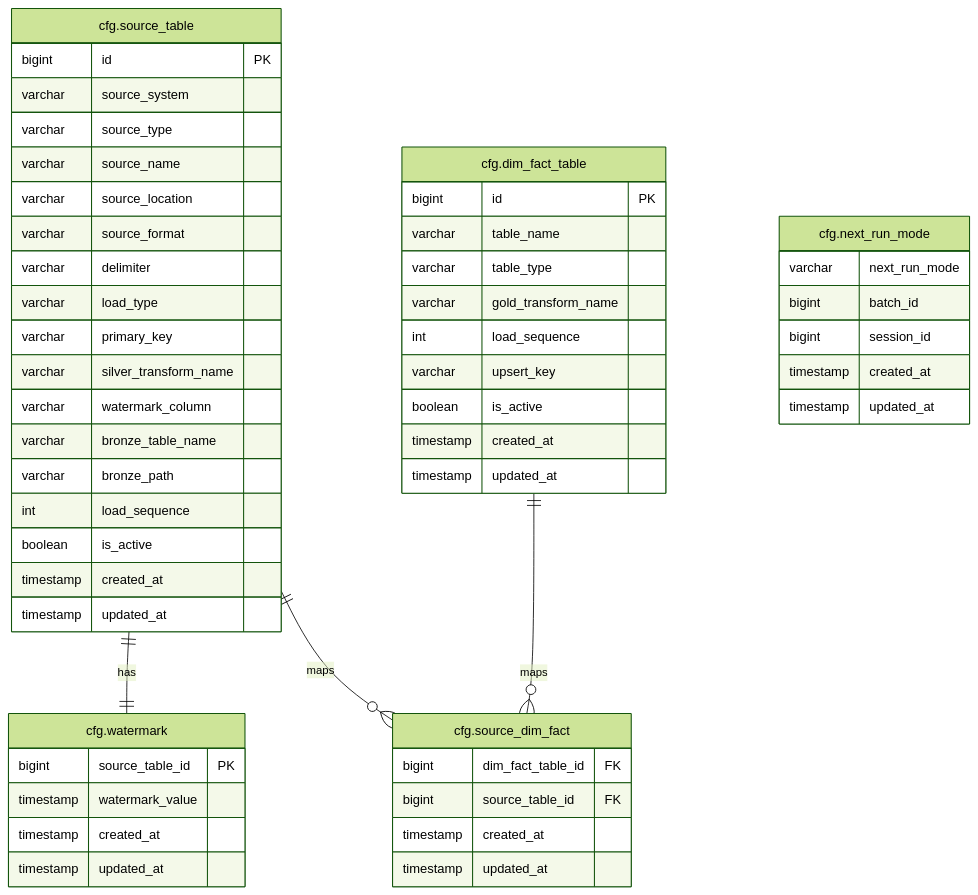
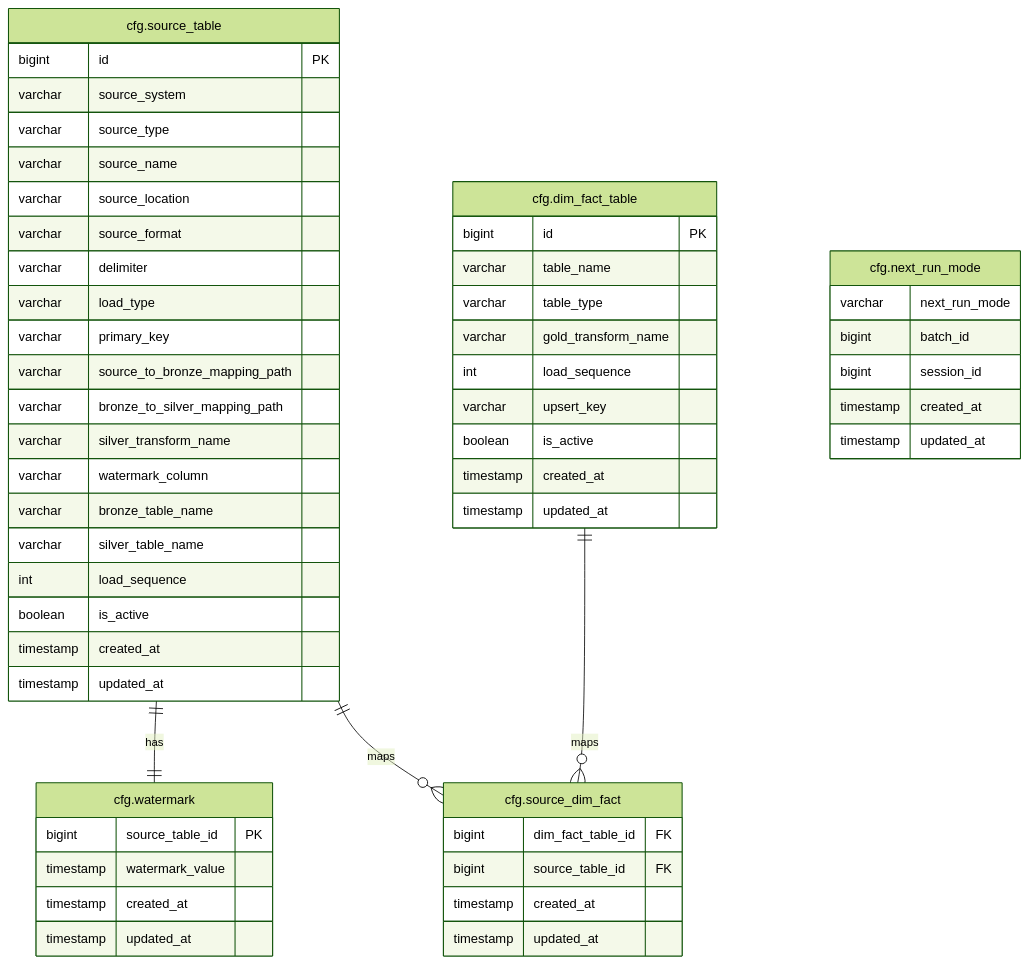
The first of 2 diagrams in docs/architecture/team-1/data-workflow-control-strategy.md (anhtnt90dev/rookies-data-dn-2026), drawn with Mermaid (forest theme) before and after one commit. The commit also changed other lines of this file, not shown here.

Commit message:
docs: add mapping and silver table configurations

````diff
--- a/docs/architecture/team-1/data-workflow-control-strategy.md
+++ b/docs/architecture/team-1/data-workflow-control-strategy.md
@@ -7,60 +7,62 @@
 ```mermaid
 erDiagram
     cfg.source_table ||--|| cfg.watermark : has
     cfg.source_table ||--o{ cfg.source_dim_fact : maps
     cfg.dim_fact_table ||--o{ cfg.source_dim_fact : maps
 
     cfg.source_table {
         bigint id PK
         varchar source_system
         varchar source_type
         varchar source_name
         varchar source_location
         varchar source_format
         varchar delimiter
         varchar load_type
         varchar primary_key
+        varchar source_to_bronze_mapping_path
+        varchar bronze_to_silver_mapping_path
         varchar silver_transform_name
         varchar watermark_column
         varchar bronze_table_name
-        varchar bronze_path
+        varchar silver_table_name
         int load_sequence
         boolean is_active
         timestamp created_at
         timestamp updated_at
     }
 
     cfg.dim_fact_table {
         bigint id PK
         varchar table_name
         varchar table_type
         varchar gold_transform_name
         int load_sequence
         varchar upsert_key
         boolean is_active
         timestamp created_at
         timestamp updated_at
     }
 
     cfg.watermark {
         bigint source_table_id PK
         timestamp watermark_value
         timestamp created_at
         timestamp updated_at
     }
 
     cfg.source_dim_fact {
         bigint dim_fact_table_id FK
         bigint source_table_id FK
         timestamp created_at
         timestamp updated_at
     }
 
     cfg.next_run_mode {
         varchar next_run_mode
         bigint batch_id
         bigint session_id
         timestamp created_at
         timestamp updated_at
     }
 ```
````
